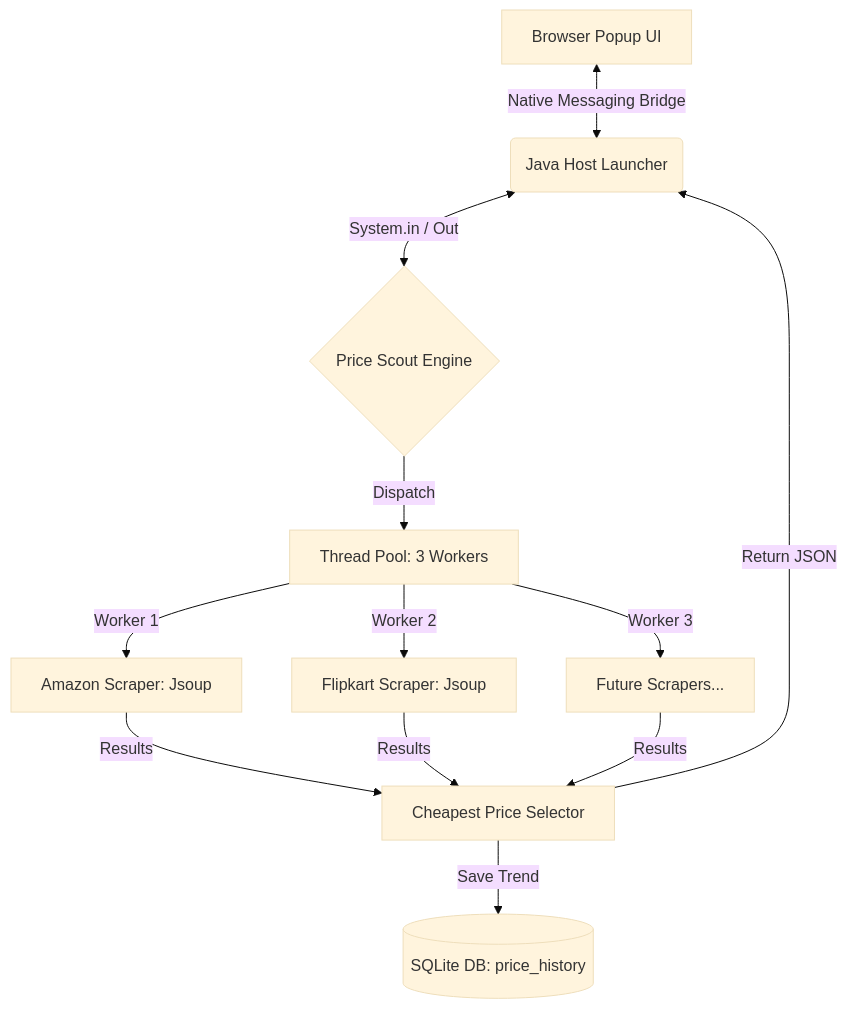
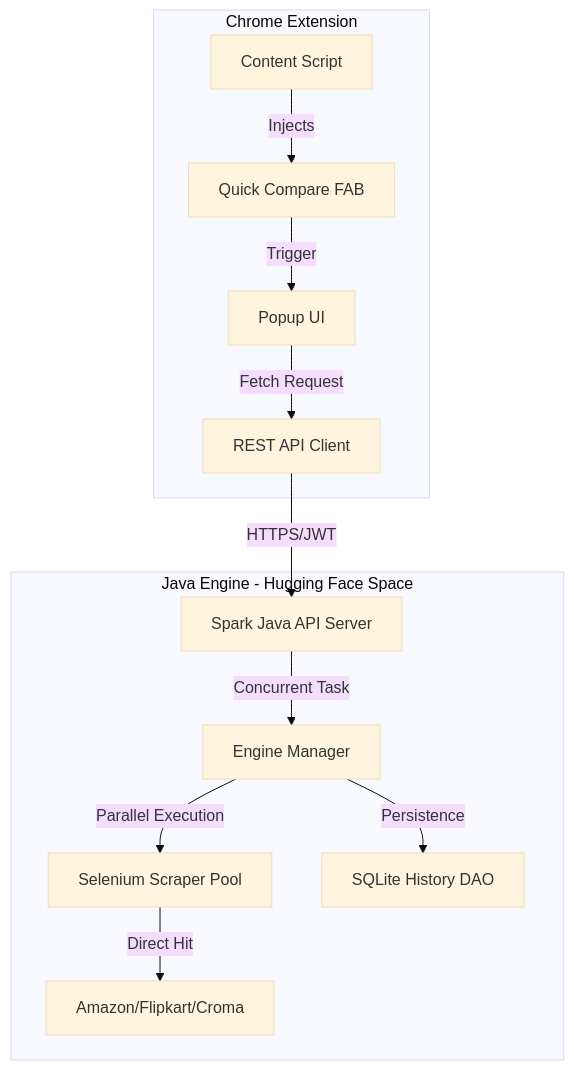
One commit to purvanshjoshi/Price-Tracker changed the first of 2 diagrams in README.md. Above: the diagram before and after it, drawn with Mermaid (base theme). The commit also changed other lines of this file, not shown here.

Commit message:
Docs: Complete overhaul of README with advanced architecture diagrams and technical deep-dives

````diff
--- a/README.md
+++ b/README.md
@@ -39,15 +21,16 @@
 ```mermaid
 graph TD
-    A[Browser Popup UI] <-->|Native Messaging Bridge| B(Java Host Launcher)
-    B <-->|System.in / Out| C{Price Scout Engine}
-    
-    C -->|Dispatch| D[Thread Pool: 3 Workers]
-    
-    D -->|Worker 1| E[Amazon Scraper: Jsoup]
-    D -->|Worker 2| F[Flipkart Scraper: Jsoup]
-    D -->|Worker 3| G[Future Scrapers...]
-    
-    E & F & G -->|Results| H[Cheapest Price Selector]
-    H -->|Save Trend| I[(SQLite DB: price_history)]
-    H -->|Return JSON| B
+    subgraph Client_Environment [Chrome Extension]
+        A[Content Script] -- Injects --> B[Quick Compare FAB]
+        B -- Trigger --> C[Popup UI]
+        C -- Fetch Request --> D[REST API Client]
+    end
+
+    subgraph Cloud_Backend [Java Engine - Hugging Face Space]
+        D -- HTTPS/JWT --> E[Spark Java API Server]
+        E -- Concurrent Task --> F[Engine Manager]
+        F -- Parallel Execution --> G[Selenium Scraper Pool]
+        G -- Direct Hit --> H[Amazon/Flipkart/Croma]
+        F -- Persistence --> I[SQLite History DAO]
+    end
 ```
````
